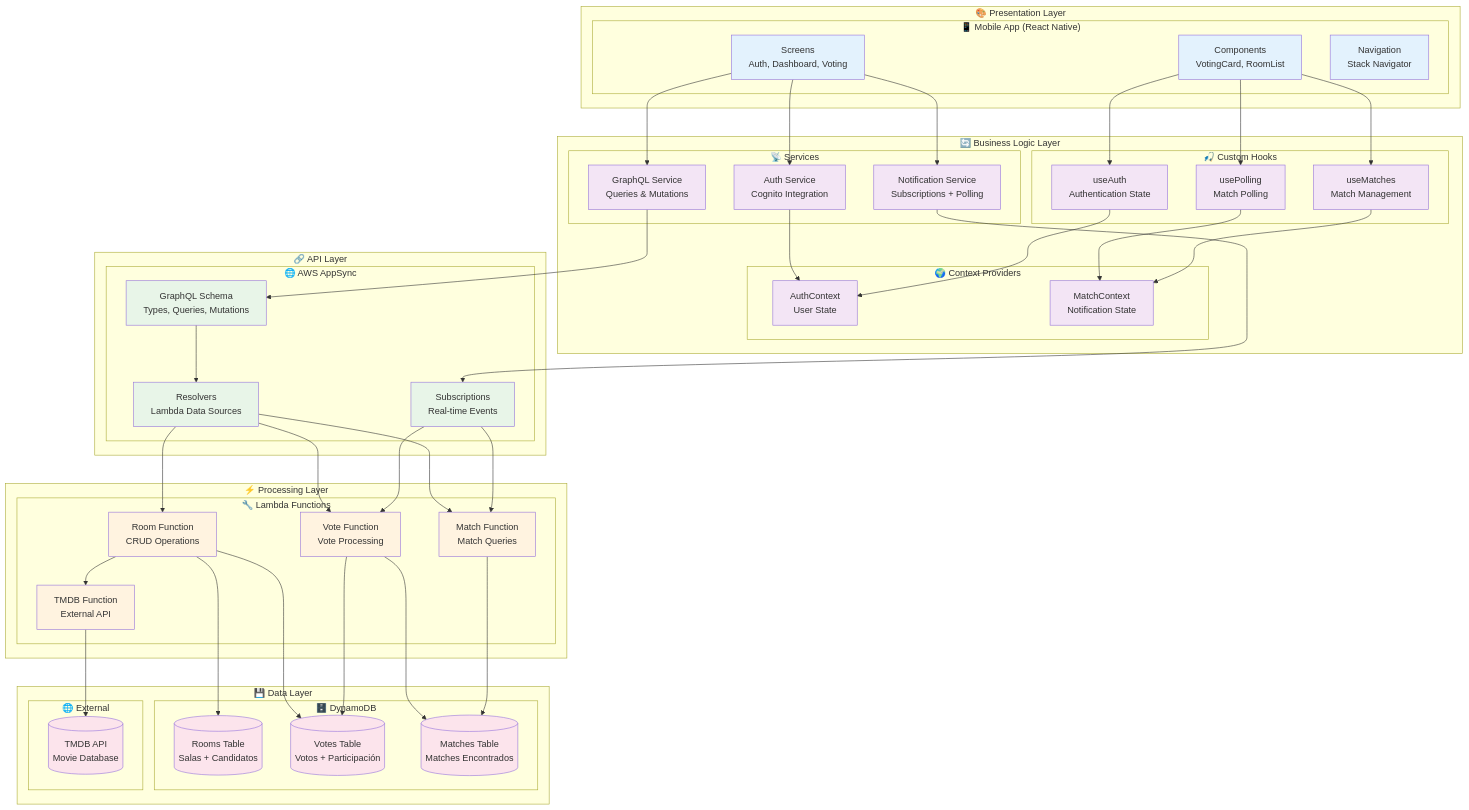
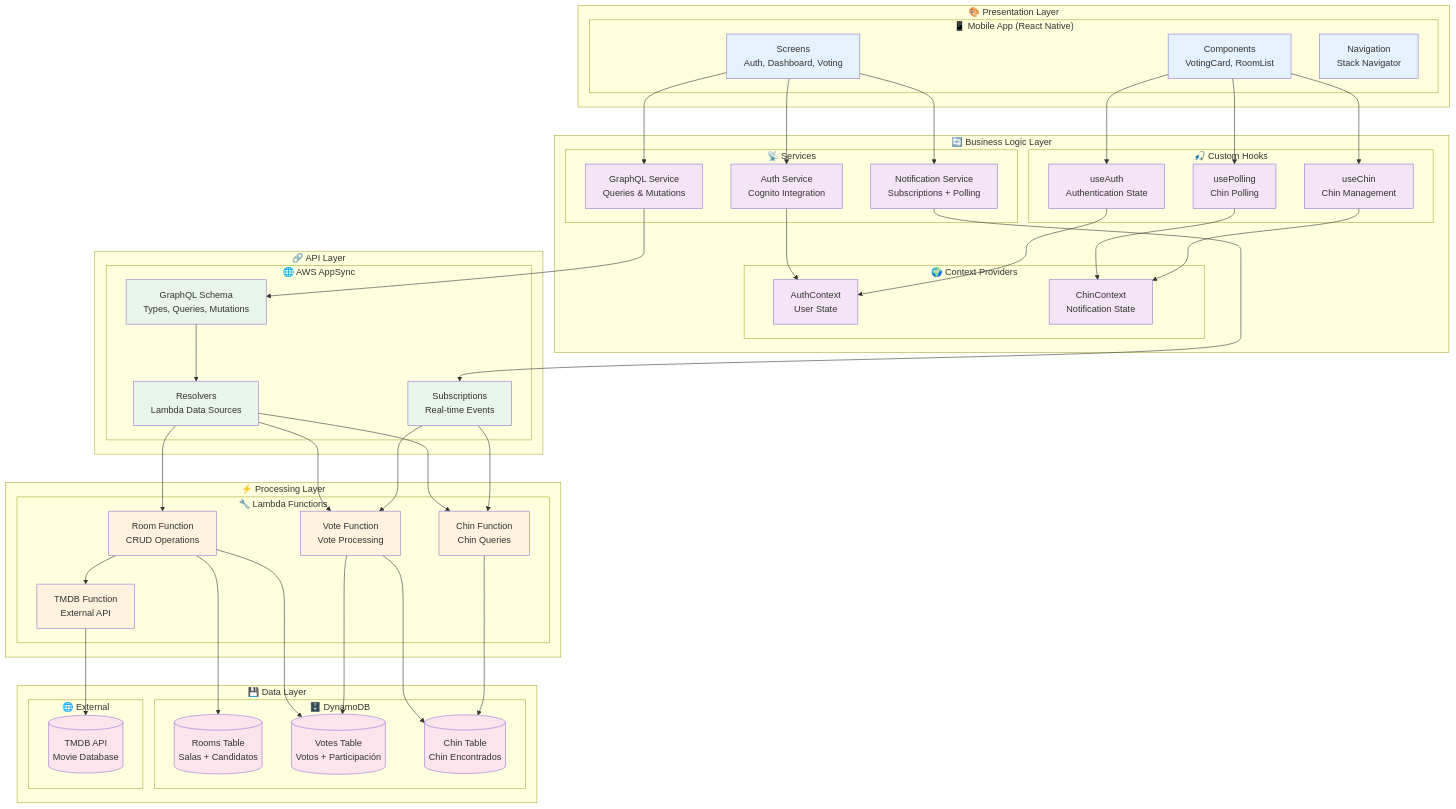
One commit to ibanezbetes/trinity-movie-voting changed the third of 7 diagrams in docs/technical/diagrams/architecture-overview.md. Above: the diagram before and after it, drawn with Mermaid. The commit also changed other lines of this file and 54 other files, not shown here.

```diff
--- a/docs/technical/diagrams/architecture-overview.md
+++ b/docs/technical/diagrams/architecture-overview.md
@@ -195,13 +195,13 @@
         
         subgraph "🎣 Custom Hooks"
             UA[useAuth<br/>Authentication State]
-            UP[usePolling<br/>Match Polling]
-            UM[useMatches<br/>Match Management]
+            UP[usePolling<br/>Chin Polling]
+            UM[useChin<br/>Chin Management]
         end
         
         subgraph "🌍 Context Providers"
             AC[AuthContext<br/>User State]
-            MC[MatchContext<br/>Notification State]
+            MC[ChinContext<br/>Notification State]
         end
     end
     
@@ -217,7 +217,7 @@
         subgraph "🔧 Lambda Functions"
             RF[Room Function<br/>CRUD Operations]
             VF[Vote Function<br/>Vote Processing]
-            MF[Match Function<br/>Match Queries]
+            MF[Chin Function<br/>Chin Queries]
             TF[TMDB Function<br/>External API]
         end
     end
@@ -226,7 +226,7 @@
         subgraph "🗄️ DynamoDB"
             RDB[(Rooms Table<br/>Salas + Candidatos)]
             VDB[(Votes Table<br/>Votos + Participación)]
-            MDB[(Matches Table<br/>Matches Encontrados)]
+            MDB[(Chin Table<br/>Chin Encontrados)]
         end
         
         subgraph "🌐 External"
```
